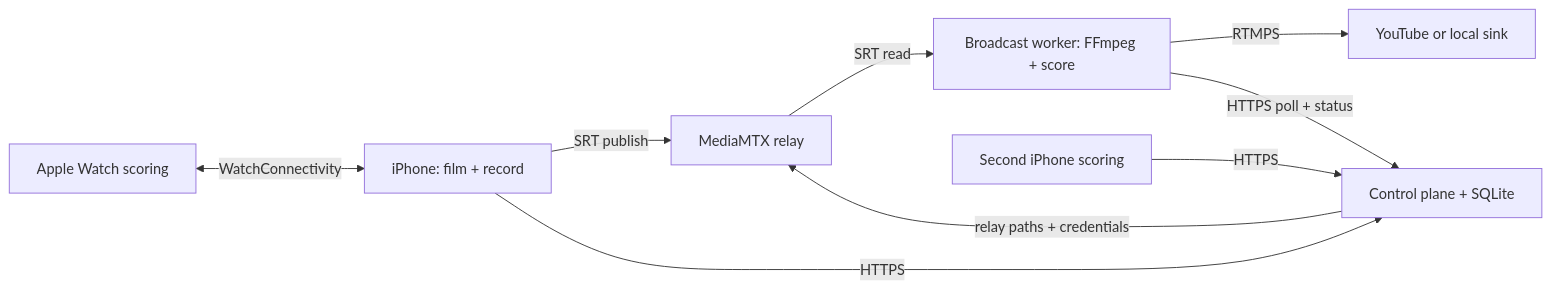
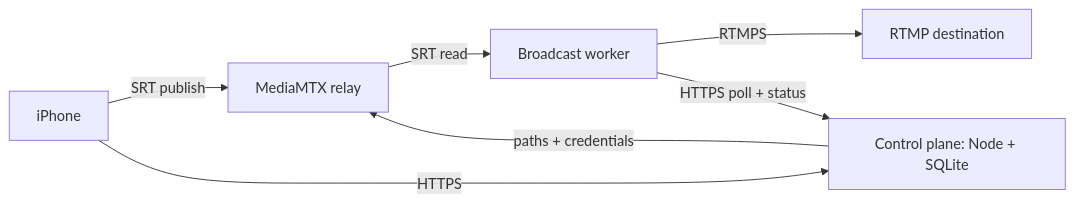
One commit to jdconley/scorebug changed the second of 2 diagrams in docs/architecture.md. Above: the diagram before and after it, drawn with Mermaid. The commit also changed other lines of this file and 22 other files, not shown here.

````diff
--- a/docs/architecture.md
+++ b/docs/architecture.md
@@ -7,11 +183,9 @@
 ```mermaid
 flowchart LR
-    Phone[iPhone: film + record] -->|SRT publish| Relay[MediaMTX relay]
-    Relay -->|SRT read| Worker[Broadcast worker: FFmpeg + score]
-    Worker -->|RTMPS| YouTube[YouTube or local sink]
-    Phone -->|HTTPS| API[Control plane + SQLite]
-    Watch[Apple Watch scoring] <-->|WatchConnectivity| Phone
-    Scorer[Second iPhone scoring] -->|HTTPS| API
+    Phone[iPhone] -->|SRT publish| Relay[MediaMTX relay]
+    Relay -->|SRT read| Worker[Broadcast worker]
+    Worker -->|RTMPS| Dest[RTMP destination]
+    Phone -->|HTTPS| API[Control plane: Node + SQLite]
     Worker -->|HTTPS poll + status| API
-    API -->|relay paths + credentials| Relay
+    API -->|paths + credentials| Relay
 ```
````
